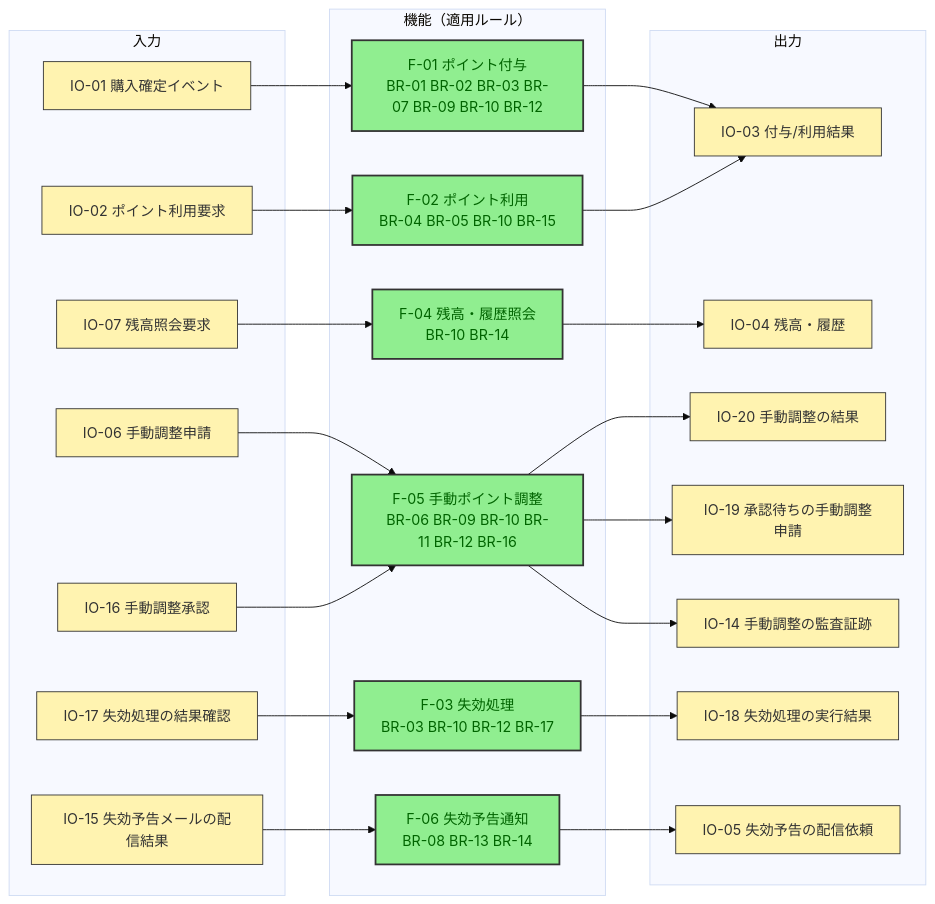
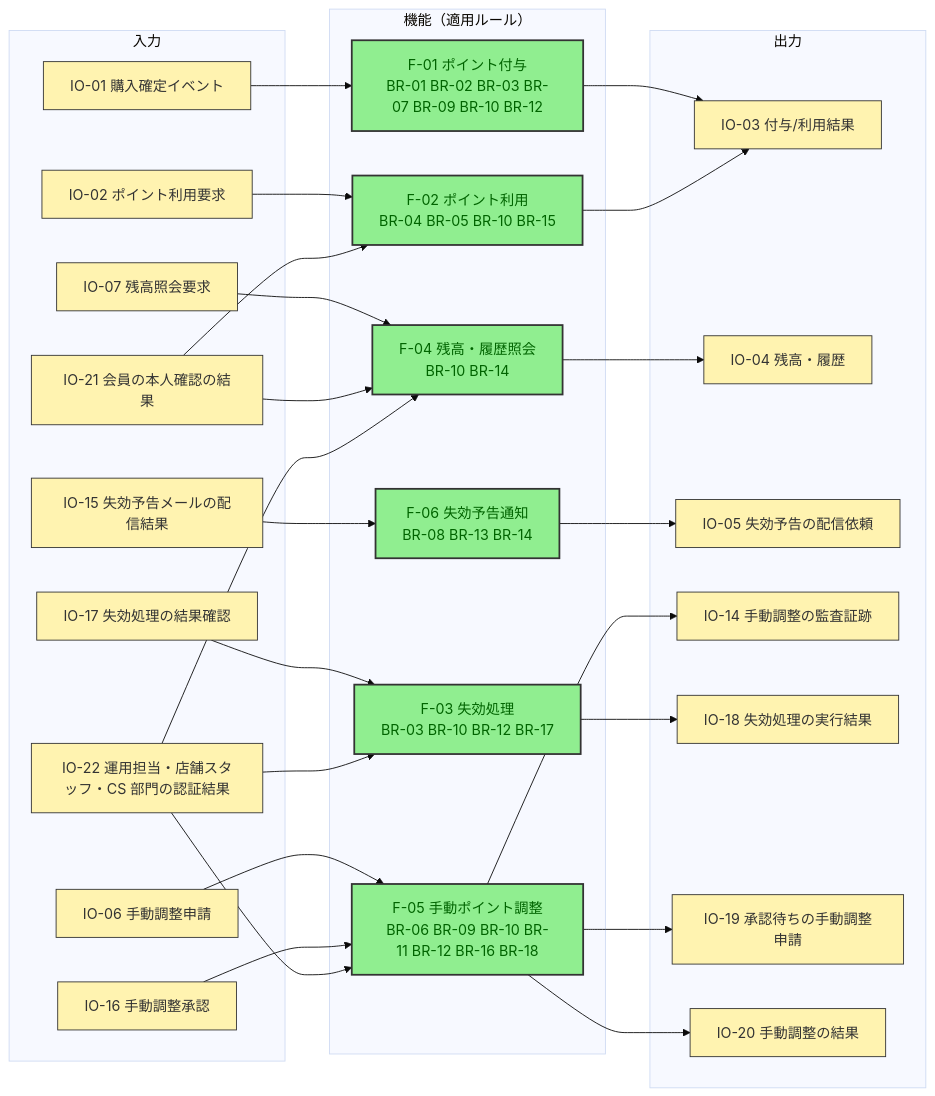
The second of 9 diagrams in samples/docs/requirements-detail.md (kasiopeiya/claude-dev-template), drawn with Mermaid (base theme) before and after one commit. The commit also changed other lines of this file and 2 other files, not shown here.

````diff
--- a/samples/docs/requirements-detail.md
+++ b/samples/docs/requirements-detail.md
@@ -488,48 +533,55 @@
 ```mermaid
 flowchart LR
     subgraph IN["入力"]
         io1["IO-01 購入確定イベント"]
         io2["IO-02 ポイント利用要求"]
         io7["IO-07 残高照会要求"]
         io6["IO-06 手動調整申請"]
         io16["IO-16 手動調整承認"]
         io17["IO-17 失効処理の結果確認"]
         io15["IO-15 失効予告メールの配信結果"]
+        io21["IO-21 会員の本人確認の結果"]
+        io22["IO-22 運用担当・店舗スタッフ・CS 部門の認証結果"]
     end
 
     subgraph FUNC["機能（適用ルール）"]
         f1["F-01 ポイント付与<br/>BR-01 BR-02 BR-03 BR-07 BR-09 BR-10 BR-12"]
         f2["F-02 ポイント利用<br/>BR-04 BR-05 BR-10 BR-15"]
         f4["F-04 残高・履歴照会<br/>BR-10 BR-14"]
-        f5["F-05 手動ポイント調整<br/>BR-06 BR-09 BR-10 BR-11 BR-12 BR-16"]
+        f5["F-05 手動ポイント調整<br/>BR-06 BR-09 BR-10 BR-11 BR-12 BR-16 BR-18"]
         f3["F-03 失効処理<br/>BR-03 BR-10 BR-12 BR-17"]
         f6["F-06 失効予告通知<br/>BR-08 BR-13 BR-14"]
     end
 
     subgraph OUT["出力"]
         io3["IO-03 付与/利用結果"]
         io4["IO-04 残高・履歴"]
         io5["IO-05 失効予告の配信依頼"]
         io14["IO-14 手動調整の監査証跡"]
         io18["IO-18 失効処理の実行結果"]
         io19["IO-19 承認待ちの手動調整申請"]
         io20["IO-20 手動調整の結果"]
     end
 
     io1 --> f1 --> io3
     io2 --> f2 --> io3
     io7 --> f4 --> io4
     io6 --> f5 --> io20
     f5 --> io19
     io16 --> f5
     io17 --> f3
     f5 --> io14
     f3 --> io18
     f6 --> io5
     io15 --> f6
+    io21 --> f2
+    io21 --> f4
+    io22 --> f3
+    io22 --> f4
+    io22 --> f5
 
     classDef io fill:#FFF3B0,stroke:#333,stroke-width:1px,color:#333
     classDef func fill:#90EE90,stroke:#333,stroke-width:2px,color:darkgreen
-    class io1,io2,io6,io7,io15,io16,io17,io3,io4,io5,io14,io18,io19,io20 io
+    class io1,io2,io6,io7,io15,io16,io17,io21,io22,io3,io4,io5,io14,io18,io19,io20 io
     class f1,f2,f3,f4,f5,f6 func
 ```
````
